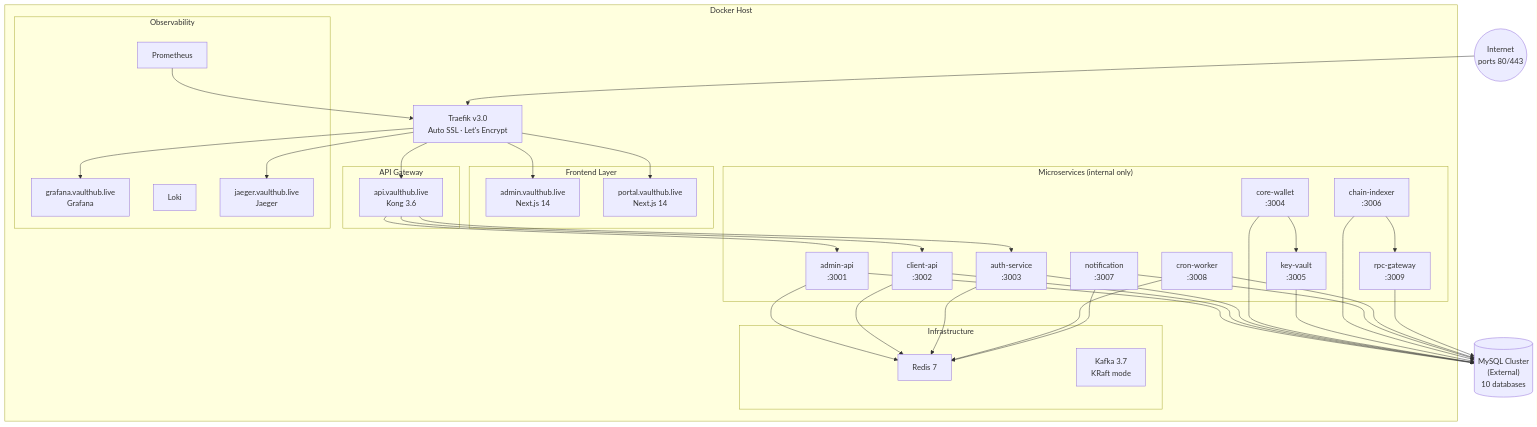
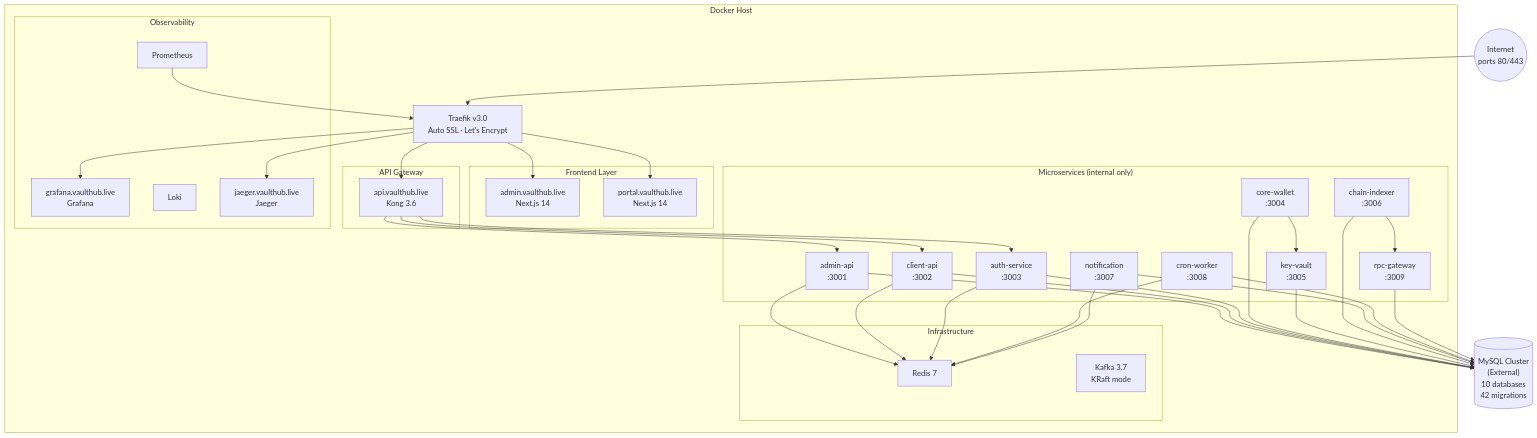
One commit to marcelosilva78/CryptoVaultHub changed the diagram in README.md. Above: the diagram before and after it, drawn with Mermaid. The commit also changed other lines of this file and 6 other files, not shown here.

````diff
--- a/README.md
+++ b/README.md
@@ -257,70 +269,70 @@
 ```mermaid
 graph TB
     Internet((Internet<br/>ports 80/443))
     
     subgraph Docker["Docker Host"]
         Traefik["Traefik v3.0<br/>Auto SSL · Let's Encrypt"]
         
         subgraph Frontend["Frontend Layer"]
             Admin["admin.vaulthub.live<br/>Next.js 14"]
             Portal["portal.vaulthub.live<br/>Next.js 14"]
         end
         
         subgraph Gateway["API Gateway"]
             Kong["api.vaulthub.live<br/>Kong 3.6"]
         end
         
         subgraph Services["Microservices (internal only)"]
             AdminAPI["admin-api<br/>:3001"]
             ClientAPI["client-api<br/>:3002"]
             Auth["auth-service<br/>:3003"]
             Wallet["core-wallet<br/>:3004"]
             KeyVault["key-vault<br/>:3005"]
             Indexer["chain-indexer<br/>:3006"]
             Notify["notification<br/>:3007"]
             CronWorker["cron-worker<br/>:3008"]
             RpcGw["rpc-gateway<br/>:3009"]
         end
         
         subgraph Infra["Infrastructure"]
             Redis["Redis 7"]
             Kafka["Kafka 3.7<br/>KRaft mode"]
         end
         
         subgraph Monitoring["Observability"]
             Grafana["grafana.vaulthub.live<br/>Grafana"]
             Prometheus["Prometheus"]
             Loki["Loki"]
             Jaeger["jaeger.vaulthub.live<br/>Jaeger"]
         end
     end
     
-    MySQL[("MySQL Cluster<br/>(External)<br/>10 databases")]
+    MySQL[("MySQL Cluster<br/>(External)<br/>10 databases<br/>42 migrations")]
     
     Internet --> Traefik
     Traefik --> Admin
     Traefik --> Portal
     Traefik --> Kong
     Traefik --> Grafana
     Traefik --> Jaeger
     Kong --> AdminAPI
     Kong --> ClientAPI
     Kong --> Auth
     AdminAPI --> Redis
     ClientAPI --> Redis
     Auth --> Redis
     Wallet --> KeyVault
     Indexer --> RpcGw
     CronWorker --> Redis
     Notify --> Redis
     AdminAPI --> MySQL
     ClientAPI --> MySQL
     Auth --> MySQL
     Wallet --> MySQL
     KeyVault --> MySQL
     Indexer --> MySQL
     Notify --> MySQL
     CronWorker --> MySQL
     RpcGw --> MySQL
     Prometheus --> Traefik
 ```
````
